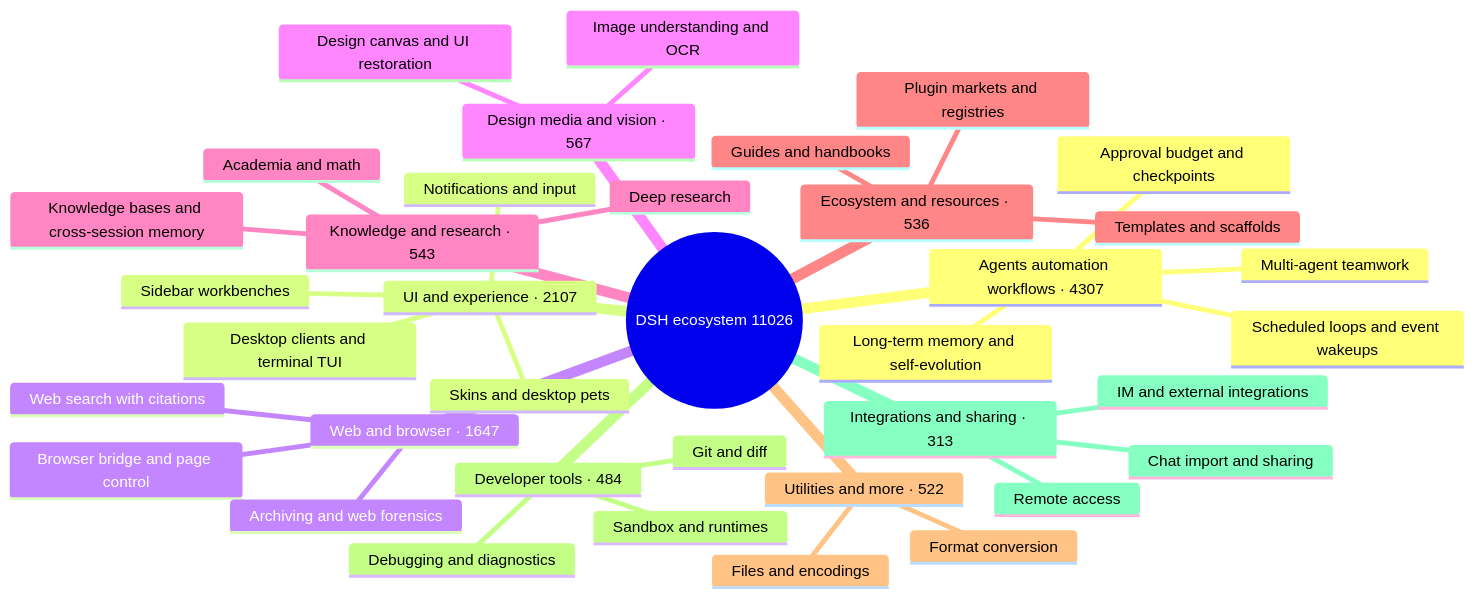
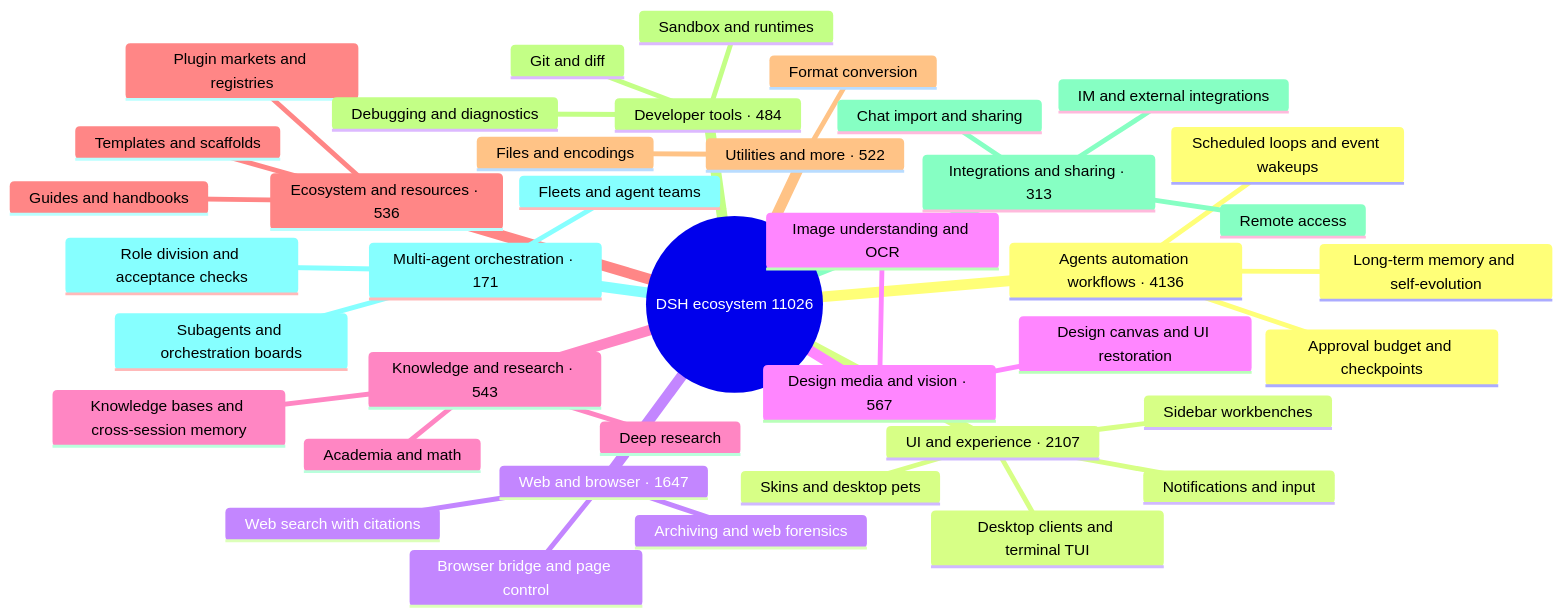
One commit to bruc3van/awesome-dsh-plugin changed the diagram in README_EN.md. Above: the diagram before and after it, drawn with Mermaid. The commit also changed 19 other files, not shown here.

First line of the commit message:
feat: split the oversized agents-workflows volume into three catalog volumes

````diff
--- a/README_EN.md
+++ b/README_EN.md
@@ -33,40 +33,43 @@
 ```mermaid
 mindmap
   root((DSH ecosystem 11026))
-    Agents automation workflows · 4307
+    Agents automation workflows · 4136
       Scheduled loops and event wakeups
-      Multi-agent teamwork
       Long-term memory and self-evolution
       Approval budget and checkpoints
     UI and experience · 2107
       Desktop clients and terminal TUI
       Sidebar workbenches
       Skins and desktop pets
       Notifications and input
     Web and browser · 1647
       Browser bridge and page control
       Web search with citations
       Archiving and web forensics
     Design media and vision · 567
       Image understanding and OCR
       Design canvas and UI restoration
     Knowledge and research · 543
       Knowledge bases and cross-session memory
       Deep research
       Academia and math
     Ecosystem and resources · 536
       Plugin markets and registries
       Templates and scaffolds
       Guides and handbooks
     Utilities and more · 522
       Files and encodings
       Format conversion
     Developer tools · 484
       Git and diff
       Sandbox and runtimes
       Debugging and diagnostics
     Integrations and sharing · 313
       Chat import and sharing
       Remote access
       IM and external integrations
+    Multi-agent orchestration · 171
+      Subagents and orchestration boards
+      Fleets and agent teams
+      Role division and acceptance checks
 ```
````
